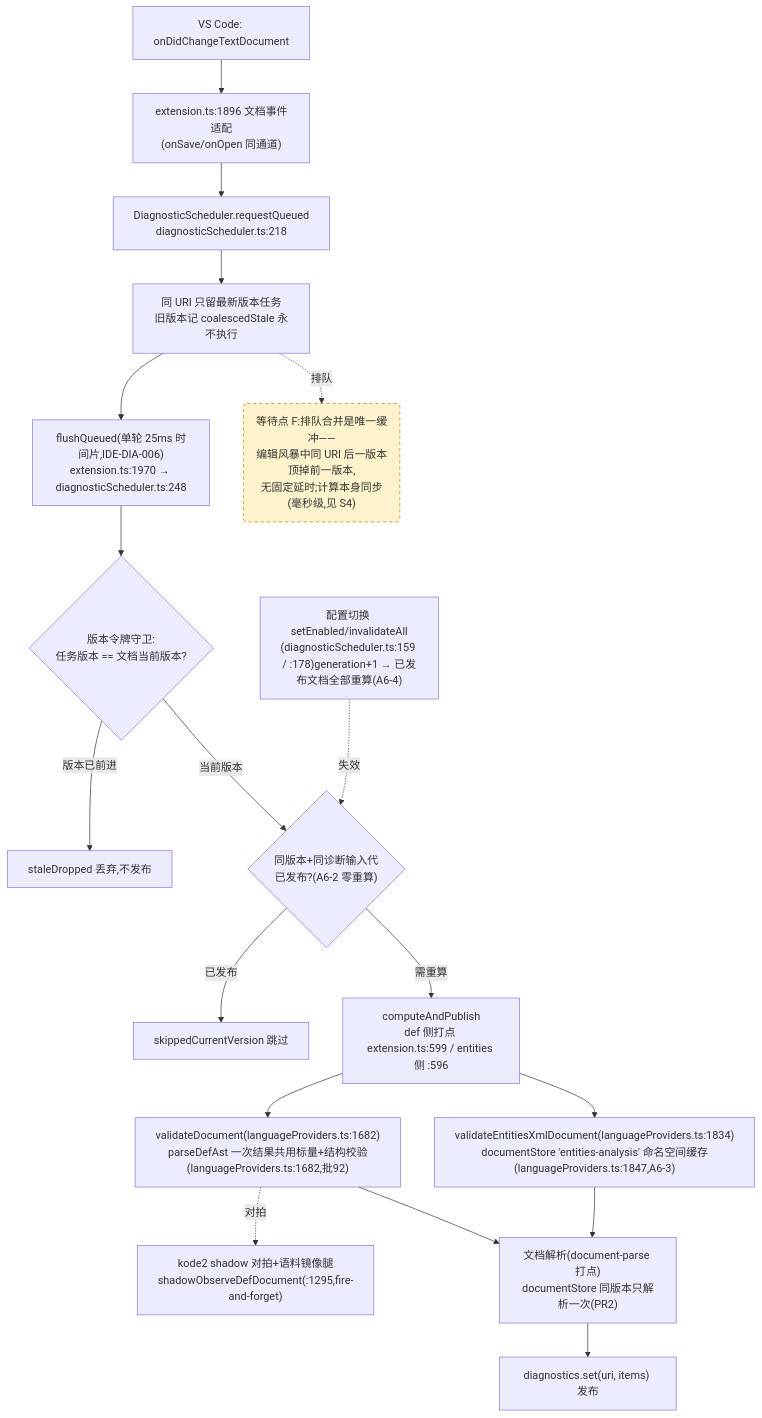
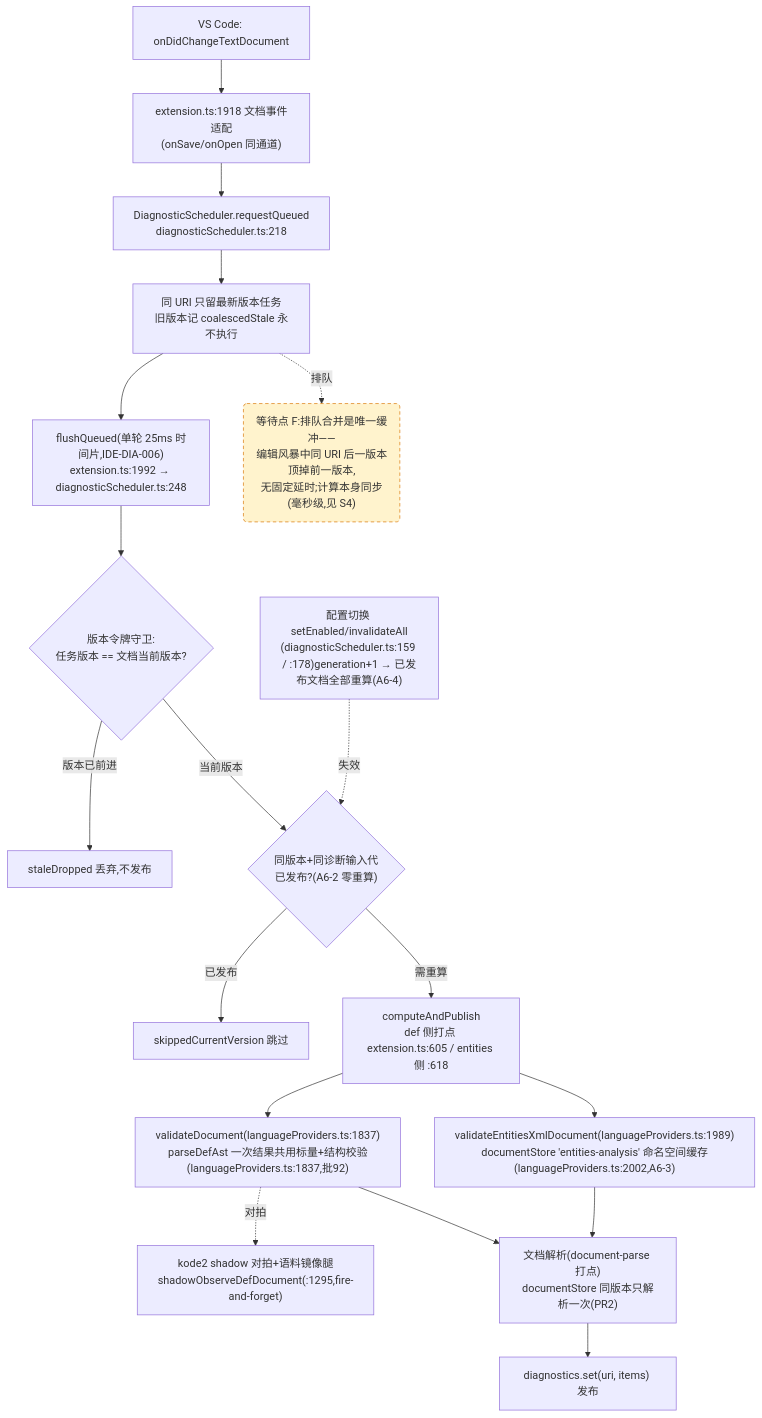
The fourth of 4 diagrams in docs/perf/2026-baseline.md (cuihairu/kode), drawn with Mermaid before and after one commit. The commit also changed other lines of this file and 48 other files, not shown here.

````diff
--- a/docs/perf/2026-baseline.md
+++ b/docs/perf/2026-baseline.md
@@ -214,38 +214,38 @@
 ```mermaid
 flowchart TD
   CHG["VS Code: onDidChangeTextDocument"]
-  WATCH["extension.ts:1896 文档事件适配<br/>(onSave/onOpen 同通道)"]
+  WATCH["extension.ts:1918 文档事件适配<br/>(onSave/onOpen 同通道)"]
   RQ["DiagnosticScheduler.requestQueued<br/>diagnosticScheduler.ts:218"]
   CO["同 URI 只留最新版本任务<br/>旧版本记 coalescedStale 永不执行"]
-  FL["flushQueued(单轮 25ms 时间片,IDE-DIA-006)<br/>extension.ts:1970 → diagnosticScheduler.ts:248"]
+  FL["flushQueued(单轮 25ms 时间片,IDE-DIA-006)<br/>extension.ts:1992 → diagnosticScheduler.ts:248"]
   VG{"版本令牌守卫:<br/>任务版本 == 文档当前版本?"}
   DROP["staleDropped 丢弃,不发布"]
   GEN{"同版本+同诊断输入代<br/>已发布?(A6-2 零重算)"}
   SKIP["skippedCurrentVersion 跳过"]
-  CALC["computeAndPublish<br/>def 侧打点 extension.ts:599 / entities 侧 :596"]
-  VD["validateDocument(languageProviders.ts:1682)<br/>parseDefAst 一次结果共用标量+结构校验(languageProviders.ts:1682,批92)"]
-  VEX["validateEntitiesXmlDocument(languageProviders.ts:1834)<br/>documentStore 'entities-analysis' 命名空间缓存(languageProviders.ts:1847,A6-3)"]
+  CALC["computeAndPublish<br/>def 侧打点 extension.ts:605 / entities 侧 :618"]
+  VD["validateDocument(languageProviders.ts:1837)<br/>parseDefAst 一次结果共用标量+结构校验(languageProviders.ts:1837,批92)"]
+  VEX["validateEntitiesXmlDocument(languageProviders.ts:1989)<br/>documentStore 'entities-analysis' 命名空间缓存(languageProviders.ts:2002,A6-3)"]
   SHDD["kode2 shadow 对拍+语料镜像腿<br/>shadowObserveDefDocument(:1295,fire-and-forget)"]
   DS["文档解析(document-parse 打点)<br/>documentStore 同版本只解析一次(PR2)"]
   PUB["diagnostics.set(uri, items) 发布"]
   CFG2["配置切换 setEnabled/invalidateAll<br/>(diagnosticScheduler.ts:159 / :178)generation+1 → 已发布文档全部重算(A6-4)"]
 
   CHG --> WATCH --> RQ --> CO --> FL --> VG
   VG -- "版本已前进" --> DROP
   VG -- "当前版本" --> GEN
   GEN -- "已发布" --> SKIP
   GEN -- "需重算" --> CALC
   CALC --> VD
   CALC --> VEX
   VD --> DS
   VEX --> DS
   DS --> PUB
   VD -.->|对拍| SHDD
   CFG2 -.->|失效| GEN
 
   WAITF("等待点 F:排队合并是唯一缓冲——<br/>编辑风暴中同 URI 后一版本顶掉前一版本,<br/>无固定延时;计算本身同步(毫秒级,见 S4)")
   CO -.->|排队| WAITF
 
   classDef waitPoint fill:#fff3cd,stroke:#d97706,stroke-dasharray:5 4;
   class WAITF waitPoint;
 ```
````
